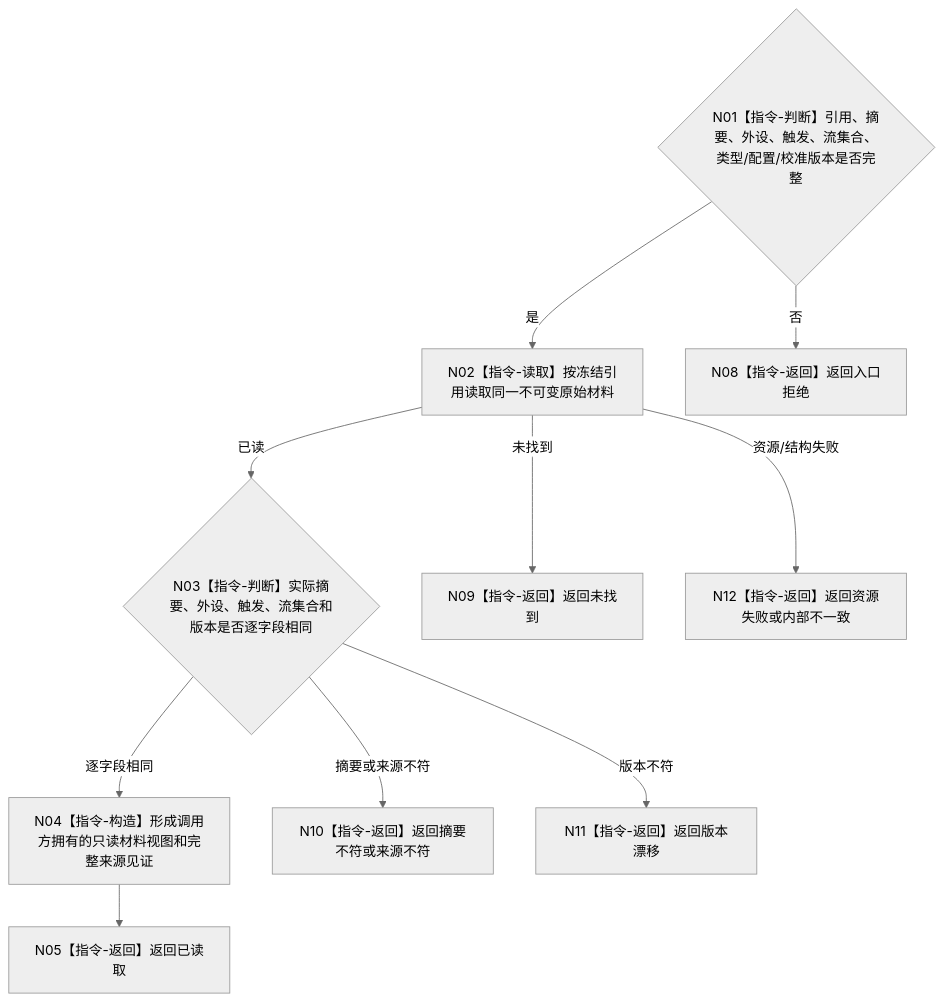
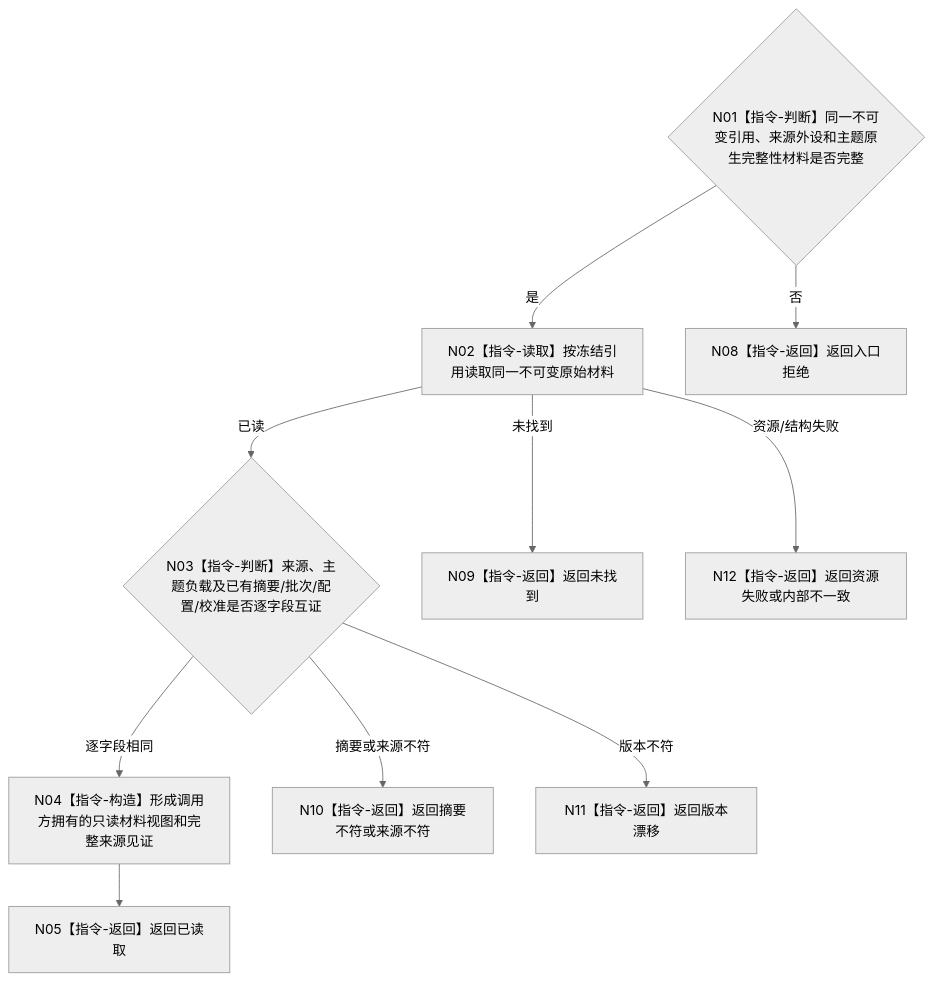
One commit to chunhaizh-cyber/HY-Ego changed the diagram in 流程图/目标业务流程图/L3/BIZ-L3-006-03-01_读取外设原始材料_目标函数流程图_v0.2.md. Above: the diagram before and after it, drawn with Mermaid (neutral theme). The commit also changed other lines of this file and 20 other files, not shown here.

````diff
--- a/流程图/目标业务流程图/L3/BIZ-L3-006-03-01_读取外设原始材料_目标函数流程图_v0.2.md
+++ b/流程图/目标业务流程图/L3/BIZ-L3-006-03-01_读取外设原始材料_目标函数流程图_v0.2.md
@@ -31,22 +31,22 @@
 ```mermaid
 flowchart TD
-    N01{"N01【指令-判断】引用、摘要、外设、触发、流集合、类型/配置/校准版本是否完整"}
+    N01{"N01【指令-判断】同一不可变引用、来源外设和主题原生完整性材料是否完整"}
     N02["N02【指令-读取】按冻结引用读取同一不可变原始材料"]
-    N03{"N03【指令-判断】实际摘要、外设、触发、流集合和版本是否逐字段相同"}
+    N03{"N03【指令-判断】来源、主题负载及已有摘要/批次/配置/校准是否逐字段互证"}
     N04["N04【指令-构造】形成调用方拥有的只读材料视图和完整来源见证"]
     N05["N05【指令-返回】返回已读取"]
     N08["N08【指令-返回】返回入口拒绝"]
     N09["N09【指令-返回】返回未找到"]
     N10["N10【指令-返回】返回摘要不符或来源不符"]
     N11["N11【指令-返回】返回版本漂移"]
     N12["N12【指令-返回】返回资源失败或内部不一致"]
 
     N01 -->|否| N08
     N01 -->|是| N02
     N02 -->|未找到| N09
     N02 -->|资源/结构失败| N12
     N02 -->|已读| N03
     N03 -->|摘要或来源不符| N10
     N03 -->|版本不符| N11
     N03 -->|逐字段相同| N04 --> N05
 ```
````
